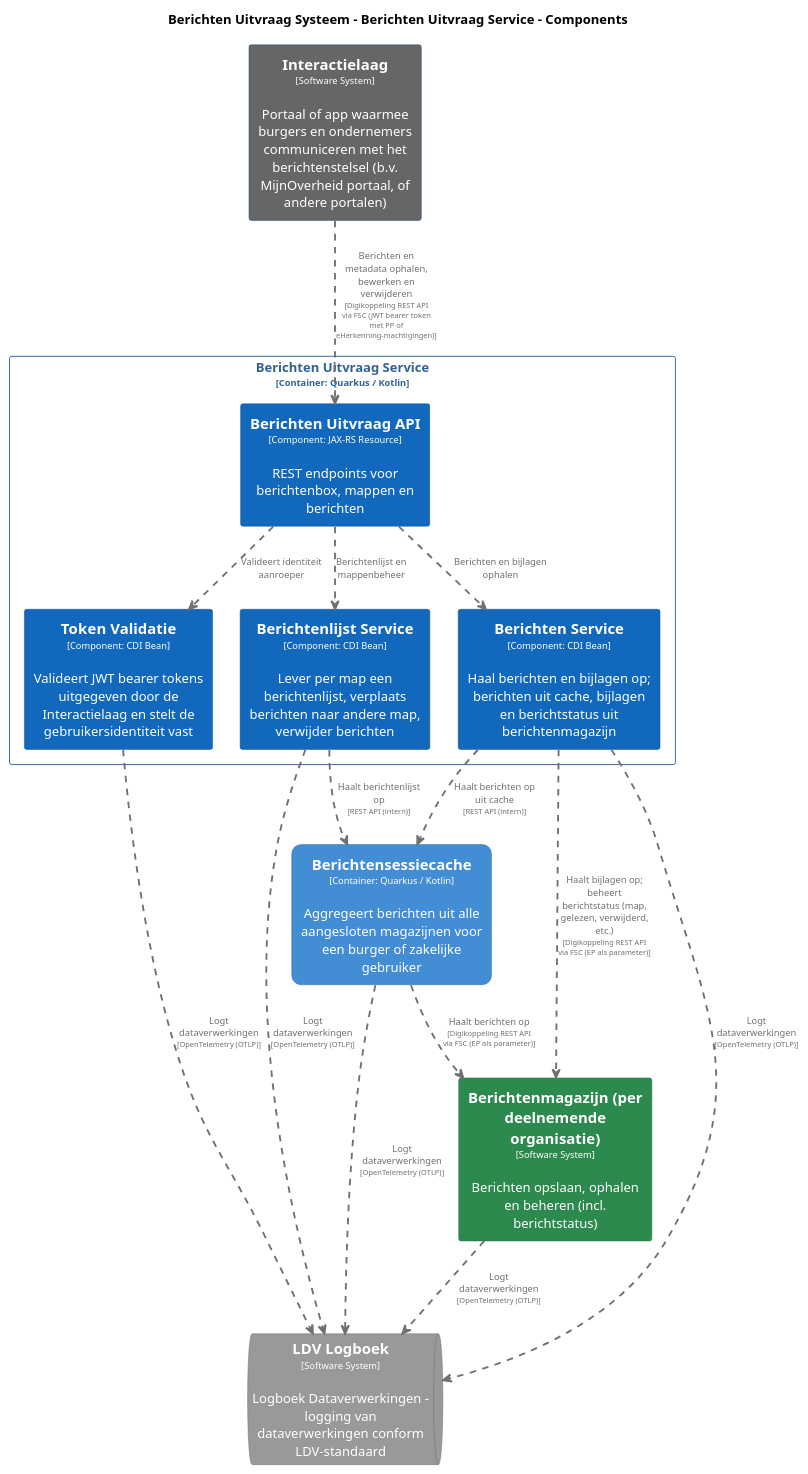
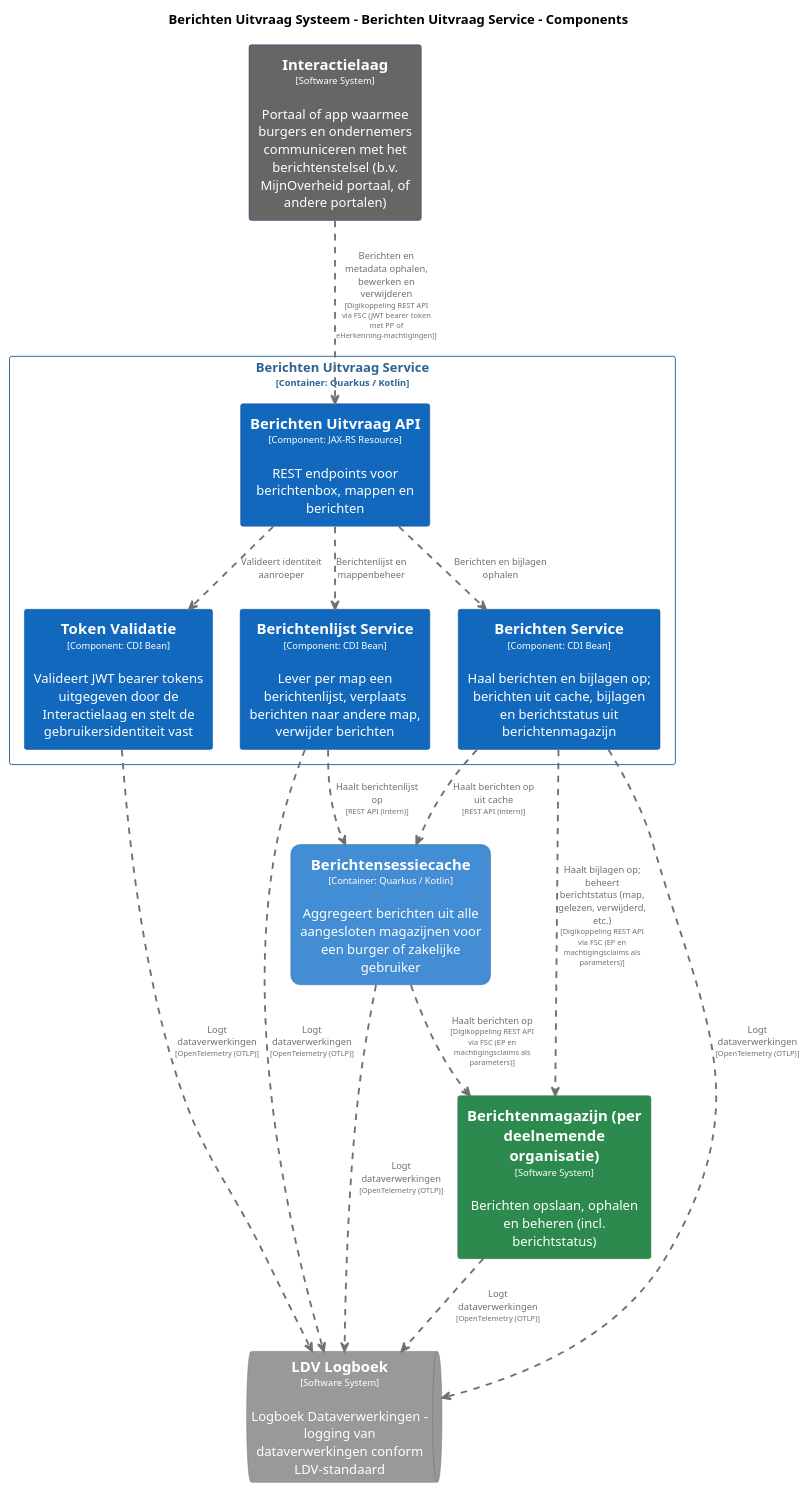
One commit to MinBZK/moza-poc-fbs-berichtenbox changed the diagram in pr-preview/pr-22/master/puml/BerichtenUitvraagServiceComponenten.puml. Above: the diagram before and after it, drawn with PlantUML. The commit also changed 39 other files, not shown here.

```diff
--- a/pr-preview/pr-22/master/puml/BerichtenUitvraagServiceComponenten.puml
+++ b/pr-preview/pr-22/master/puml/BerichtenUitvraagServiceComponenten.puml
@@ -1,98 +1,98 @@
 @startuml
 set separator none
 title Berichten Uitvraag Systeem - Berichten Uitvraag Service - Components
 
 top to bottom direction
 skinparam ranksep 60
 skinparam nodesep 30
 
 skinparam {
   arrowFontSize 10
   defaultTextAlignment center
   wrapWidth 200
   maxMessageSize 100
 }
 
 hide stereotype
 
 skinparam rectangle<<BerichtenUitvraagSysteem.BerichtenUitvraagService.BerichtenService>> {
   BackgroundColor #1168bd
   FontColor #ffffff
   BorderColor #0b4884
   shadowing false
 }
 skinparam rectangle<<BerichtenUitvraagSysteem.BerichtenUitvraagService.BerichtenUitvraagAPI>> {
   BackgroundColor #1168bd
   FontColor #ffffff
   BorderColor #0b4884
   shadowing false
 }
 skinparam rectangle<<BerichtenUitvraagSysteem.BerichtenUitvraagService.BerichtenlijstService>> {
   BackgroundColor #1168bd
   FontColor #ffffff
   BorderColor #0b4884
   shadowing false
 }
 skinparam rectangle<<Berichtenmagazijnperdeelnemendeorganisatie>> {
   BackgroundColor #2d8a4e
   FontColor #ffffff
   BorderColor #1e6b38
   shadowing false
 }
 skinparam rectangle<<BerichtenUitvraagSysteem.Berichtensessiecache>> {
   BackgroundColor #438dd5
   FontColor #ffffff
   BorderColor #2e6295
   roundCorner 20
   shadowing false
 }
 skinparam rectangle<<Interactielaag>> {
   BackgroundColor #666666
   FontColor #ffffff
   BorderColor #0b4884
   shadowing false
 }
 skinparam queue<<LDVLogboek>> {
   BackgroundColor #999999
   FontColor #ffffff
   BorderColor #6b6b6b
   shadowing false
 }
 skinparam rectangle<<BerichtenUitvraagSysteem.BerichtenUitvraagService.TokenValidatie>> {
   BackgroundColor #1168bd
   FontColor #ffffff
   BorderColor #0b4884
   shadowing false
 }
 skinparam rectangle<<BerichtenUitvraagSysteem.BerichtenUitvraagService>> {
   BorderColor #2e6295
   FontColor #2e6295
   shadowing false
 }
 
 rectangle "==Interactielaag\n<size:10>[Software System]</size>\n\nPortaal of app waarmee burgers en ondernemers communiceren met het berichtenstelsel (b.v. MijnOverheid portaal, of andere portalen)" <<Interactielaag>> as Interactielaag
 rectangle "==Berichtenmagazijn (per deelnemende organisatie)\n<size:10>[Software System]</size>\n\nBerichten opslaan, ophalen en beheren (incl. berichtstatus)" <<Berichtenmagazijnperdeelnemendeorganisatie>> as Berichtenmagazijnperdeelnemendeorganisatie
 rectangle "==Berichtensessiecache\n<size:10>[Container: Quarkus / Kotlin]</size>\n\nAggregeert berichten uit alle aangesloten magazijnen voor een burger of zakelijke gebruiker" <<BerichtenUitvraagSysteem.Berichtensessiecache>> as BerichtenUitvraagSysteem.Berichtensessiecache
 queue "==LDV Logboek\n<size:10>[Software System]</size>\n\nLogboek Dataverwerkingen - logging van dataverwerkingen conform LDV-standaard" <<LDVLogboek>> as LDVLogboek
 
 rectangle "Berichten Uitvraag Service\n<size:10>[Container: Quarkus / Kotlin]</size>" <<BerichtenUitvraagSysteem.BerichtenUitvraagService>> {
   rectangle "==Berichten Uitvraag API\n<size:10>[Component: JAX-RS Resource]</size>\n\nREST endpoints voor berichtenbox, mappen en berichten" <<BerichtenUitvraagSysteem.BerichtenUitvraagService.BerichtenUitvraagAPI>> as BerichtenUitvraagSysteem.BerichtenUitvraagService.BerichtenUitvraagAPI
   rectangle "==Token Validatie\n<size:10>[Component: CDI Bean]</size>\n\nValideert JWT bearer tokens uitgegeven door de Interactielaag en stelt de gebruikersidentiteit vast" <<BerichtenUitvraagSysteem.BerichtenUitvraagService.TokenValidatie>> as BerichtenUitvraagSysteem.BerichtenUitvraagService.TokenValidatie
   rectangle "==Berichtenlijst Service\n<size:10>[Component: CDI Bean]</size>\n\nLever per map een berichtenlijst, verplaats berichten naar andere map, verwijder berichten" <<BerichtenUitvraagSysteem.BerichtenUitvraagService.BerichtenlijstService>> as BerichtenUitvraagSysteem.BerichtenUitvraagService.BerichtenlijstService
   rectangle "==Berichten Service\n<size:10>[Component: CDI Bean]</size>\n\nHaal berichten en bijlagen op; berichten uit cache, bijlagen en berichtstatus uit berichtenmagazijn" <<BerichtenUitvraagSysteem.BerichtenUitvraagService.BerichtenService>> as BerichtenUitvraagSysteem.BerichtenUitvraagService.BerichtenService
 }
 
-BerichtenUitvraagSysteem.Berichtensessiecache .[#707070,thickness=2].> Berichtenmagazijnperdeelnemendeorganisatie : "<color:#707070>Haalt berichten op\n<color:#707070><size:8>[Digikoppeling REST API via FSC (EP als parameter)]</size>"
+BerichtenUitvraagSysteem.Berichtensessiecache .[#707070,thickness=2].> Berichtenmagazijnperdeelnemendeorganisatie : "<color:#707070>Haalt berichten op\n<color:#707070><size:8>[Digikoppeling REST API via FSC (EP en machtigingsclaims als parameters)]</size>"
 Berichtenmagazijnperdeelnemendeorganisatie .[#707070,thickness=2].> LDVLogboek : "<color:#707070>Logt dataverwerkingen\n<color:#707070><size:8>[OpenTelemetry (OTLP)]</size>"
 BerichtenUitvraagSysteem.Berichtensessiecache .[#707070,thickness=2].> LDVLogboek : "<color:#707070>Logt dataverwerkingen\n<color:#707070><size:8>[OpenTelemetry (OTLP)]</size>"
 BerichtenUitvraagSysteem.BerichtenUitvraagService.TokenValidatie .[#707070,thickness=2].> LDVLogboek : "<color:#707070>Logt dataverwerkingen\n<color:#707070><size:8>[OpenTelemetry (OTLP)]</size>"
 BerichtenUitvraagSysteem.BerichtenUitvraagService.BerichtenlijstService .[#707070,thickness=2].> LDVLogboek : "<color:#707070>Logt dataverwerkingen\n<color:#707070><size:8>[OpenTelemetry (OTLP)]</size>"
 BerichtenUitvraagSysteem.BerichtenUitvraagService.BerichtenService .[#707070,thickness=2].> LDVLogboek : "<color:#707070>Logt dataverwerkingen\n<color:#707070><size:8>[OpenTelemetry (OTLP)]</size>"
 BerichtenUitvraagSysteem.BerichtenUitvraagService.BerichtenUitvraagAPI .[#707070,thickness=2].> BerichtenUitvraagSysteem.BerichtenUitvraagService.TokenValidatie : "<color:#707070>Valideert identiteit aanroeper"
 BerichtenUitvraagSysteem.BerichtenUitvraagService.BerichtenUitvraagAPI .[#707070,thickness=2].> BerichtenUitvraagSysteem.BerichtenUitvraagService.BerichtenlijstService : "<color:#707070>Berichtenlijst en mappenbeheer"
 BerichtenUitvraagSysteem.BerichtenUitvraagService.BerichtenUitvraagAPI .[#707070,thickness=2].> BerichtenUitvraagSysteem.BerichtenUitvraagService.BerichtenService : "<color:#707070>Berichten en bijlagen ophalen"
 BerichtenUitvraagSysteem.BerichtenUitvraagService.BerichtenService .[#707070,thickness=2].> BerichtenUitvraagSysteem.Berichtensessiecache : "<color:#707070>Haalt berichten op uit cache\n<color:#707070><size:8>[REST API (intern)]</size>"
 BerichtenUitvraagSysteem.BerichtenUitvraagService.BerichtenlijstService .[#707070,thickness=2].> BerichtenUitvraagSysteem.Berichtensessiecache : "<color:#707070>Haalt berichtenlijst op\n<color:#707070><size:8>[REST API (intern)]</size>"
 Interactielaag .[#707070,thickness=2].> BerichtenUitvraagSysteem.BerichtenUitvraagService.BerichtenUitvraagAPI : "<color:#707070>Berichten en metadata ophalen, bewerken en verwijderen\n<color:#707070><size:8>[Digikoppeling REST API via FSC (JWT bearer token met PP of eHerkenning-machtigingen)]</size>"
-BerichtenUitvraagSysteem.BerichtenUitvraagService.BerichtenService .[#707070,thickness=2].> Berichtenmagazijnperdeelnemendeorganisatie : "<color:#707070>Haalt bijlagen op; beheert berichtstatus (map, gelezen, verwijderd, etc.)\n<color:#707070><size:8>[Digikoppeling REST API via FSC (EP als parameter)]</size>"
+BerichtenUitvraagSysteem.BerichtenUitvraagService.BerichtenService .[#707070,thickness=2].> Berichtenmagazijnperdeelnemendeorganisatie : "<color:#707070>Haalt bijlagen op; beheert berichtstatus (map, gelezen, verwijderd, etc.)\n<color:#707070><size:8>[Digikoppeling REST API via FSC (EP en machtigingsclaims als parameters)]</size>"
 @enduml
```
